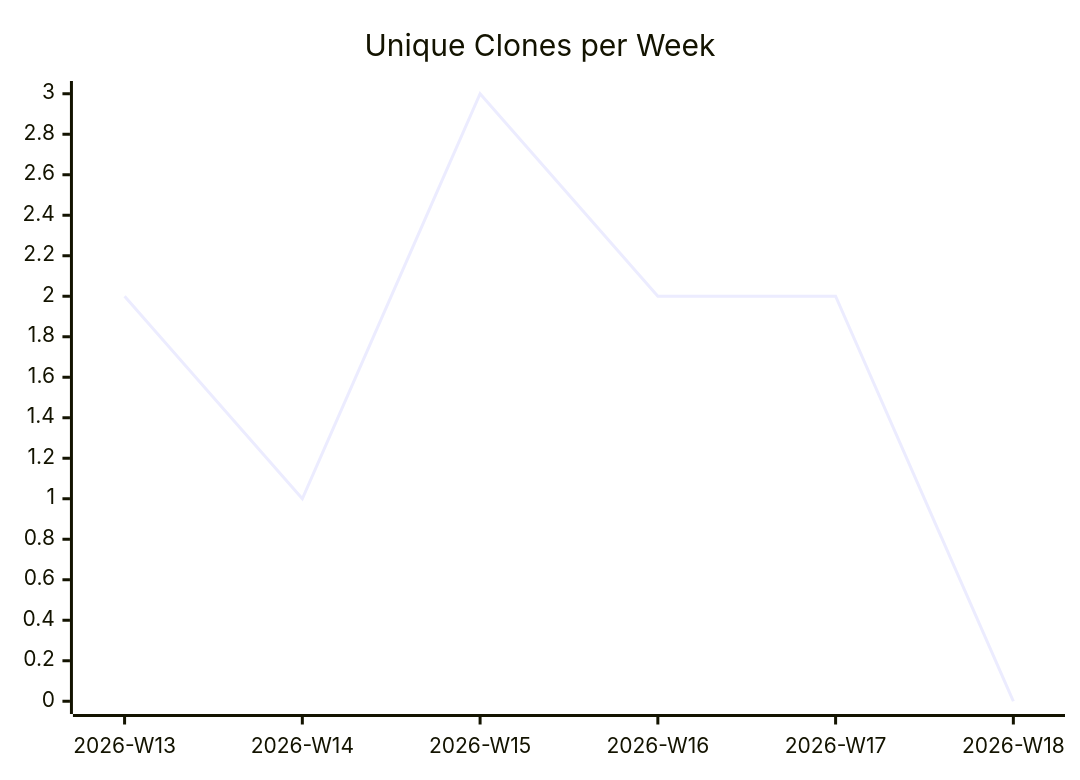
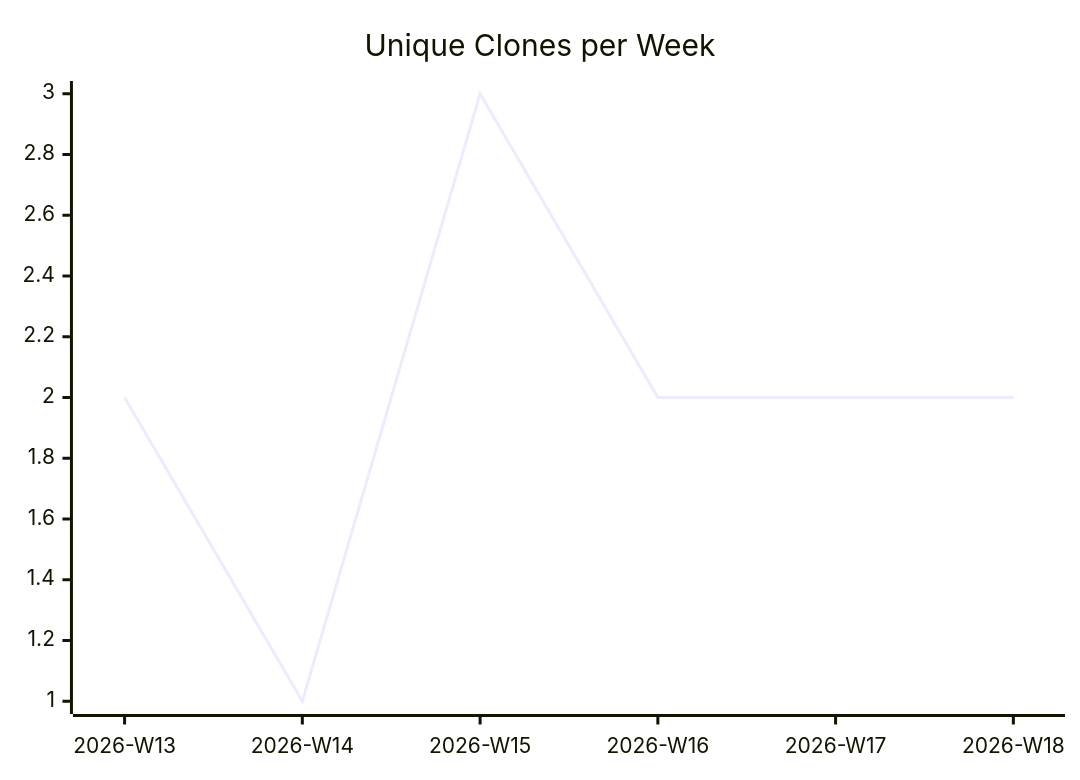
The third of 3 diagrams in karlmdavis/kobjects/README.md (justdavis-family/github-analytics-data), drawn with Mermaid before and after one commit. The commit also changed other lines of this file and 184 other files, not shown here.

````diff
--- a/karlmdavis/kobjects/README.md
+++ b/karlmdavis/kobjects/README.md
@@ -19,6 +19,6 @@
 ```mermaid
 xychart-beta
   title "Unique Clones per Week"
   x-axis ["2026-W13", "2026-W14", "2026-W15", "2026-W16", "2026-W17", "2026-W18"]
-  line [2, 1, 3, 2, 2, 0]
+  line [2, 1, 3, 2, 2, 2]
 ```
````
